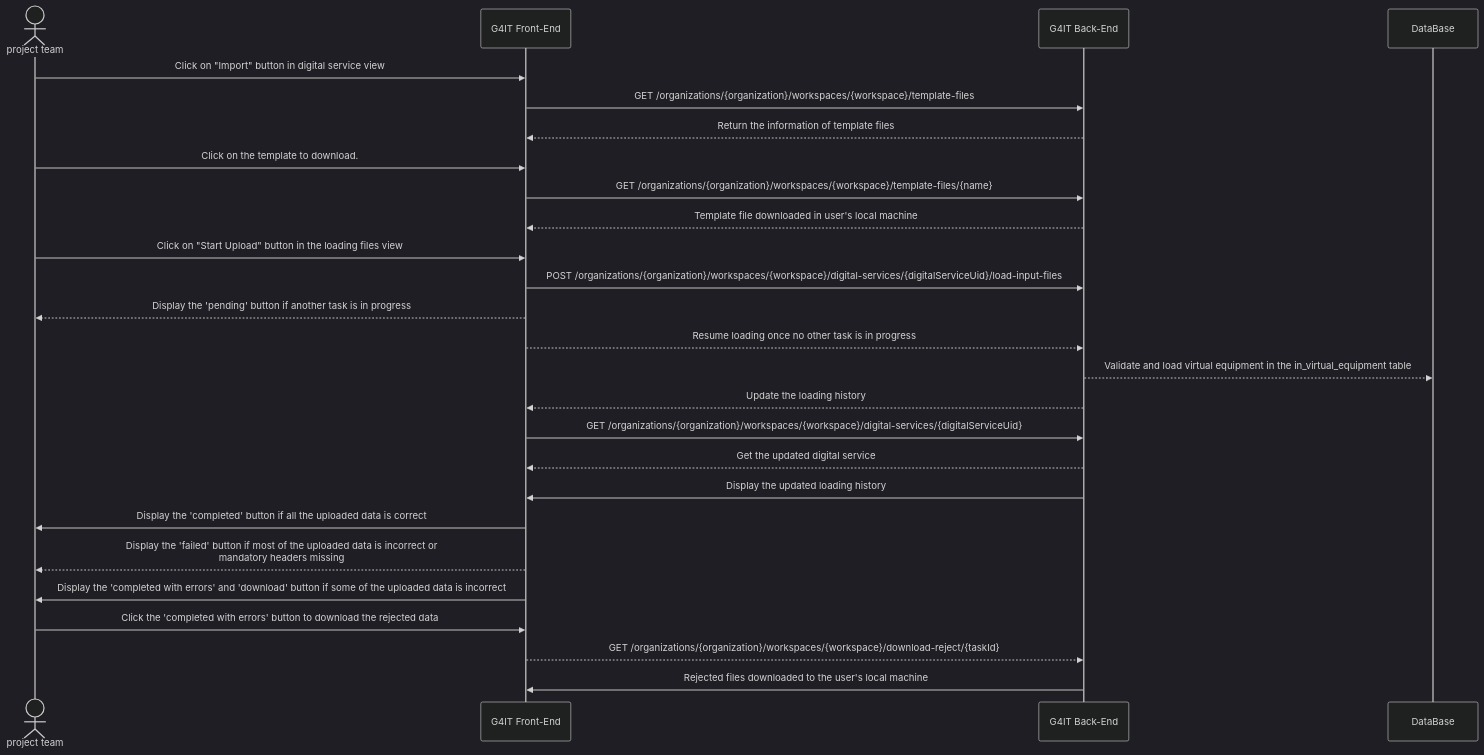
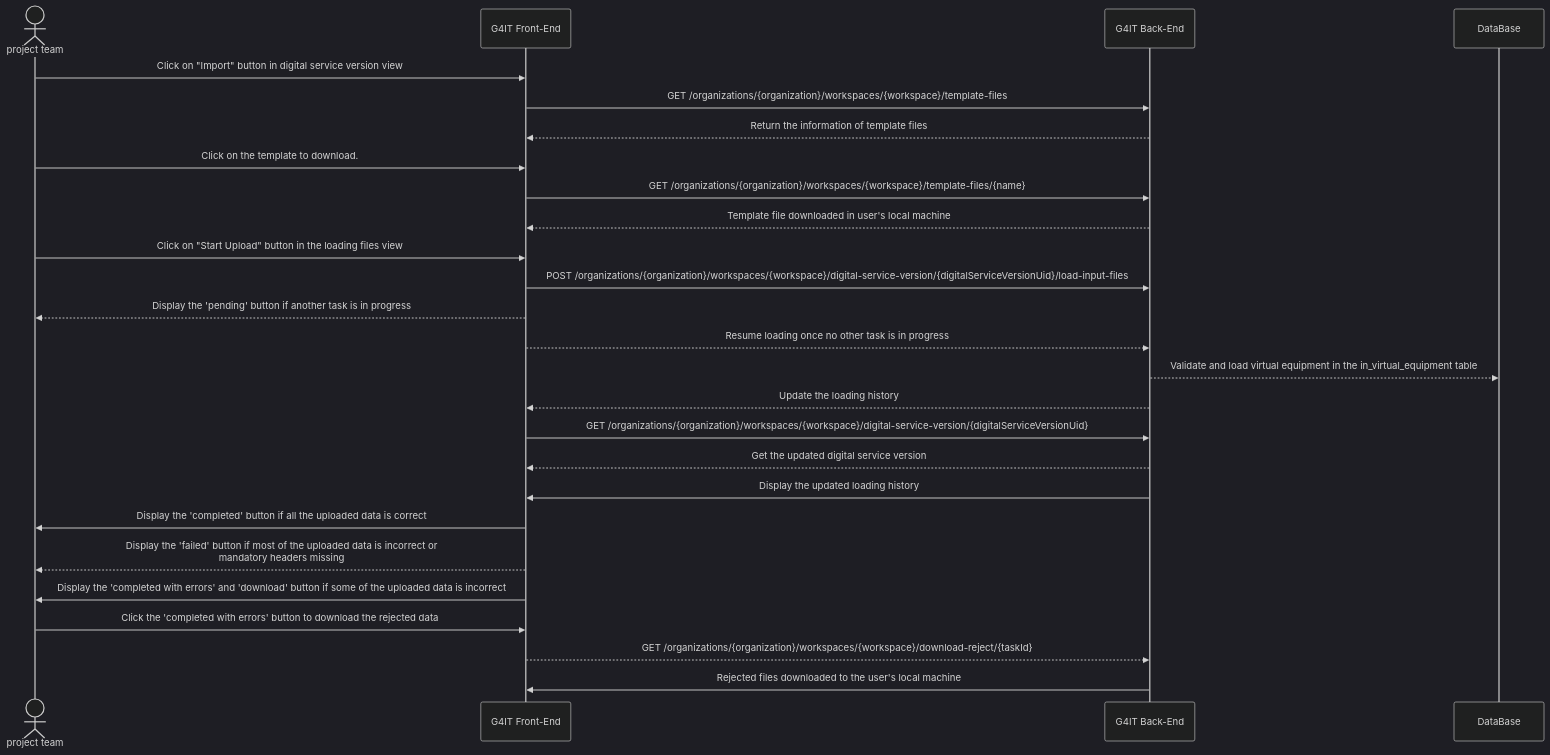
The diagram in services/documentation/content/2-functional-documentation/use_cases/uc_digital_services/uc3_add_visualize_equipments/uc3_add_visualize_cloud_services/import_cloud_services_via_button.md (teamg4it/g4it), drawn with Mermaid (dark theme) before and after one commit. The commit also changed other lines of this file and 34 other files, not shown here.

```diff
--- a/services/documentation/content/2-functional-documentation/use_cases/uc_digital_services/uc3_add_visualize_equipments/uc3_add_visualize_cloud_services/import_cloud_services_via_button.md
+++ b/services/documentation/content/2-functional-documentation/use_cases/uc_digital_services/uc3_add_visualize_equipments/uc3_add_visualize_cloud_services/import_cloud_services_via_button.md
@@ -64,30 +64,30 @@
 {{< mermaid >}}
 sequenceDiagram
 actor RND as project team
 participant front as G4IT Front-End
 participant back as G4IT Back-End
 participant DataBase
 
-RND ->> front: Click on "Import" button in digital service view
+RND ->> front: Click on "Import" button in digital service version view
 front ->> back: GET /organizations/{organization}/workspaces/{workspace}/template-files
 back -->> front: Return the information of template files
 RND ->> front: Click on the template to download.
 front ->> back: GET /organizations/{organization}/workspaces/{workspace}/template-files/{name}
 back -->> front: Template file downloaded in user's local machine
 RND ->> front: Click on "Start Upload" button in the loading files view
-front ->> back: POST /organizations/{organization}/workspaces/{workspace}/digital-services/{digitalServiceUid}/load-input-files
+front ->> back: POST /organizations/{organization}/workspaces/{workspace}/digital-service-version/{digitalServiceVersionUid}/load-input-files
 front -->> RND : Display the 'pending' button if another task is in progress
 front -->> back: Resume loading once no other task is in progress
 back -->> DataBase: Validate and load virtual equipment in the in_virtual_equipment table
 back -->> front: Update the loading history
-front ->> back: GET /organizations/{organization}/workspaces/{workspace}/digital-services/{digitalServiceUid}
-back-->> front: Get the updated digital service
+front ->> back: GET /organizations/{organization}/workspaces/{workspace}/digital-service-version/{digitalServiceVersionUid}
+back-->> front: Get the updated digital service version
 back ->> front: Display the updated loading history
 front ->> RND : Display the 'completed' button if all the uploaded data is correct
 front -->> RND : Display the 'failed' button if most of the uploaded data is incorrect or <br> mandatory headers missing
 front ->> RND : Display the 'completed with errors' and 'download' button if some of the uploaded data is incorrect
 RND ->> front : Click the 'completed with errors' button to download the rejected data
 front -->> back: GET /organizations/{organization}/workspaces/{workspace}/download-reject/{taskId}
 back ->> front : Rejected files downloaded to the user's local machine
 
 {{< /mermaid >}}
```
